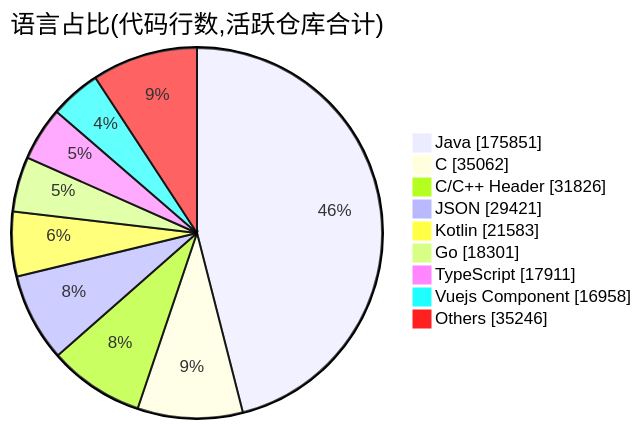
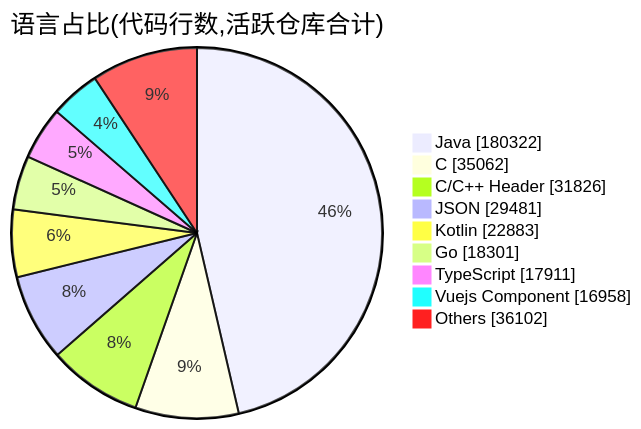
One commit to Conflux-Union/.github changed the second of 2 diagrams in profile/README.md. Above: the diagram before and after it, drawn with Mermaid. The commit also changed other lines of this file and 1 other file, not shown here.

````diff
--- a/profile/README.md
+++ b/profile/README.md
@@ -80,13 +80,13 @@
 ```mermaid
 pie showData
     title 语言占比(代码行数,活跃仓库合计)
-    "Java" : 175851
+    "Java" : 180322
     "C" : 35062
     "C/C++ Header" : 31826
-    "JSON" : 29421
-    "Kotlin" : 21583
+    "JSON" : 29481
+    "Kotlin" : 22883
     "Go" : 18301
     "TypeScript" : 17911
     "Vuejs Component" : 16958
-    "Others" : 35246
+    "Others" : 36102
 ```
````
